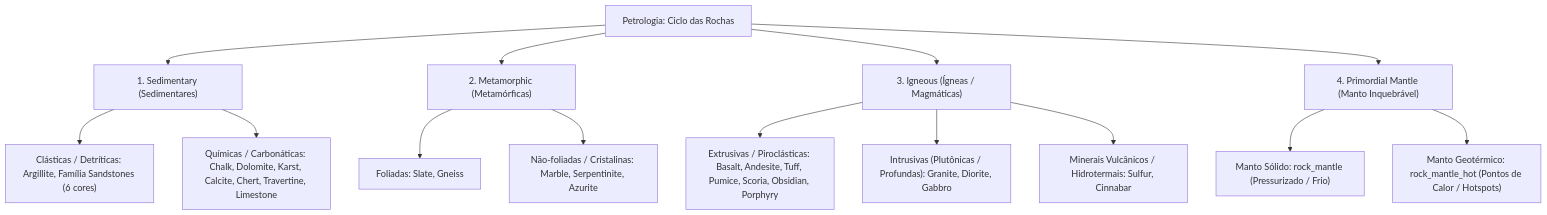
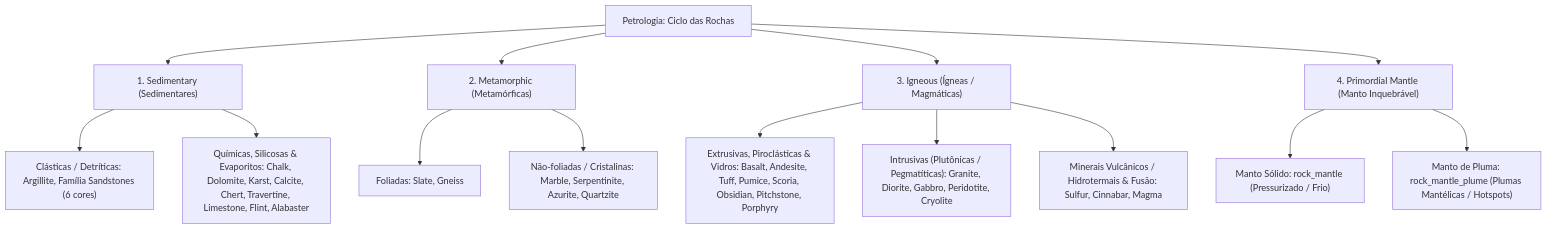
One commit to gabrtzweb/VoxelGameEngine changed the diagram in docs/worldbuilding/rocks_design.md. Above: the diagram before and after it, drawn with Mermaid. The commit also changed other lines of this file and 43 other files, not shown here.

````diff
--- a/docs/worldbuilding/rocks_design.md
+++ b/docs/worldbuilding/rocks_design.md
@@ -15,20 +15,20 @@
 ```mermaid
 graph TD
     A["Petrologia: Ciclo das Rochas"] --> B["1. Sedimentary (Sedimentares)"]
     A --> C["2. Metamorphic (Metamórficas)"]
     A --> D["3. Igneous (Ígneas / Magmáticas)"]
     A --> E["4. Primordial Mantle (Manto Inquebrável)"]
     
     B --> B1["Clásticas / Detríticas: Argillite, Família Sandstones (6 cores)"]
-    B --> B2["Químicas / Carbonáticas: Chalk, Dolomite, Karst, Calcite, Chert, Travertine, Limestone"]
+    B --> B2["Químicas, Silicosas & Evaporitos: Chalk, Dolomite, Karst, Calcite, Chert, Travertine, Limestone, Flint, Alabaster"]
     
     C --> C1["Foliadas: Slate, Gneiss"]
-    C --> C2["Não-foliadas / Cristalinas: Marble, Serpentinite, Azurite"]
+    C --> C2["Não-foliadas / Cristalinas: Marble, Serpentinite, Azurite, Quartzite"]
     
-    D --> D1["Extrusivas / Piroclásticas: Basalt, Andesite, Tuff, Pumice, Scoria, Obsidian, Porphyry"]
-    D --> D2["Intrusivas (Plutônicas / Profundas): Granite, Diorite, Gabbro"]
-    D --> D3["Minerais Vulcânicos / Hidrotermais: Sulfur, Cinnabar"]
+    D --> D1["Extrusivas, Piroclásticas & Vidros: Basalt, Andesite, Tuff, Pumice, Scoria, Obsidian, Pitchstone, Porphyry"]
+    D --> D2["Intrusivas (Plutônicas / Pegmatíticas): Granite, Diorite, Gabbro, Peridotite, Cryolite"]
+    D --> D3["Minerais Vulcânicos / Hidrotermais & Fusão: Sulfur, Cinnabar, Magma"]
     
     E --> E1["Manto Sólido: rock_mantle (Pressurizado / Frio)"]
-    E --> E2["Manto Geotérmico: rock_mantle_hot (Pontos de Calor / Hotspots)"]
+    E --> E2["Manto de Pluma: rock_mantle_plume (Plumas Mantélicas / Hotspots)"]
 ```
````
